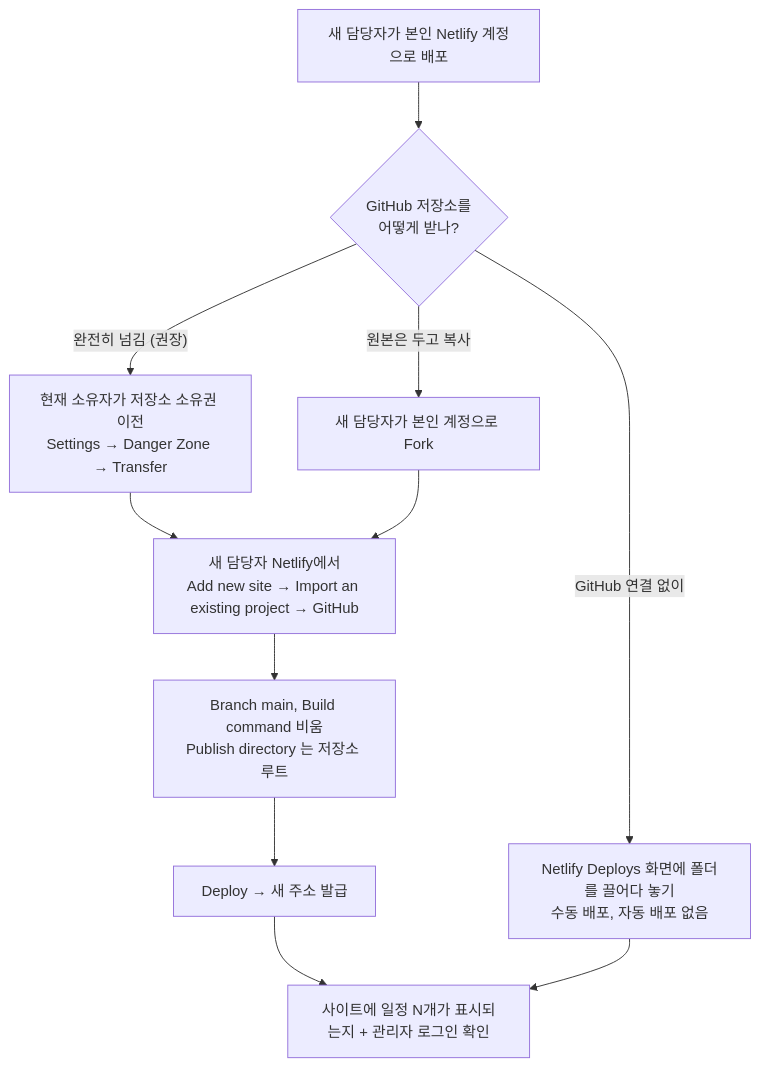
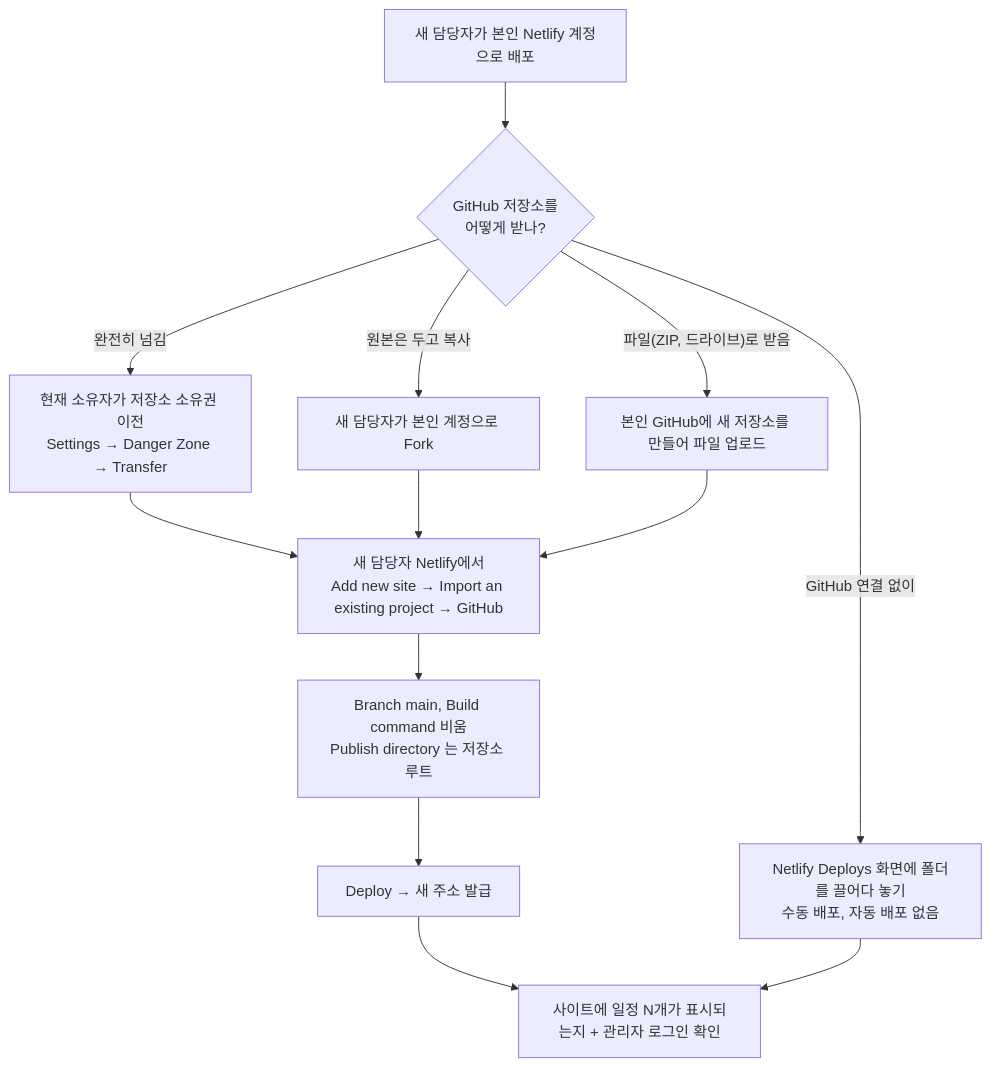
Before and after one commit to Tricksters7547/streamer-calendar-maker: the sixth of 6 diagrams in README.md, drawn with Mermaid. The commit also changed other lines of this file, not shown here.

First line of the commit message:
Document the file-based (ZIP / Drive) handover route

````diff
--- a/README.md
+++ b/README.md
@@ -330,13 +330,15 @@
 ```mermaid
 flowchart TD
   S["새 담당자가 본인 Netlify 계정으로 배포"] --> Q{"GitHub 저장소를<br/>어떻게 받나?"}
-  Q -->|"완전히 넘김 (권장)"| T["현재 소유자가 저장소 소유권 이전<br/>Settings → Danger Zone → Transfer"]
+  Q -->|"완전히 넘김"| T["현재 소유자가 저장소 소유권 이전<br/>Settings → Danger Zone → Transfer"]
   Q -->|"원본은 두고 복사"| F["새 담당자가 본인 계정으로 Fork"]
+  Q -->|"파일(ZIP, 드라이브)로 받음"| Z["본인 GitHub에 새 저장소를 만들어 파일 업로드"]
   Q -->|"GitHub 연결 없이"| M["Netlify Deploys 화면에 폴더를 끌어다 놓기<br/>수동 배포, 자동 배포 없음"]
   T --> N["새 담당자 Netlify에서<br/>Add new site → Import an existing project → GitHub"]
   F --> N
+  Z --> N
   N --> B["Branch main, Build command 비움<br/>Publish directory 는 저장소 루트"]
   B --> D["Deploy → 새 주소 발급"]
   D --> V["사이트에 일정 N개가 표시되는지 + 관리자 로그인 확인"]
   M --> V
 ```
````
